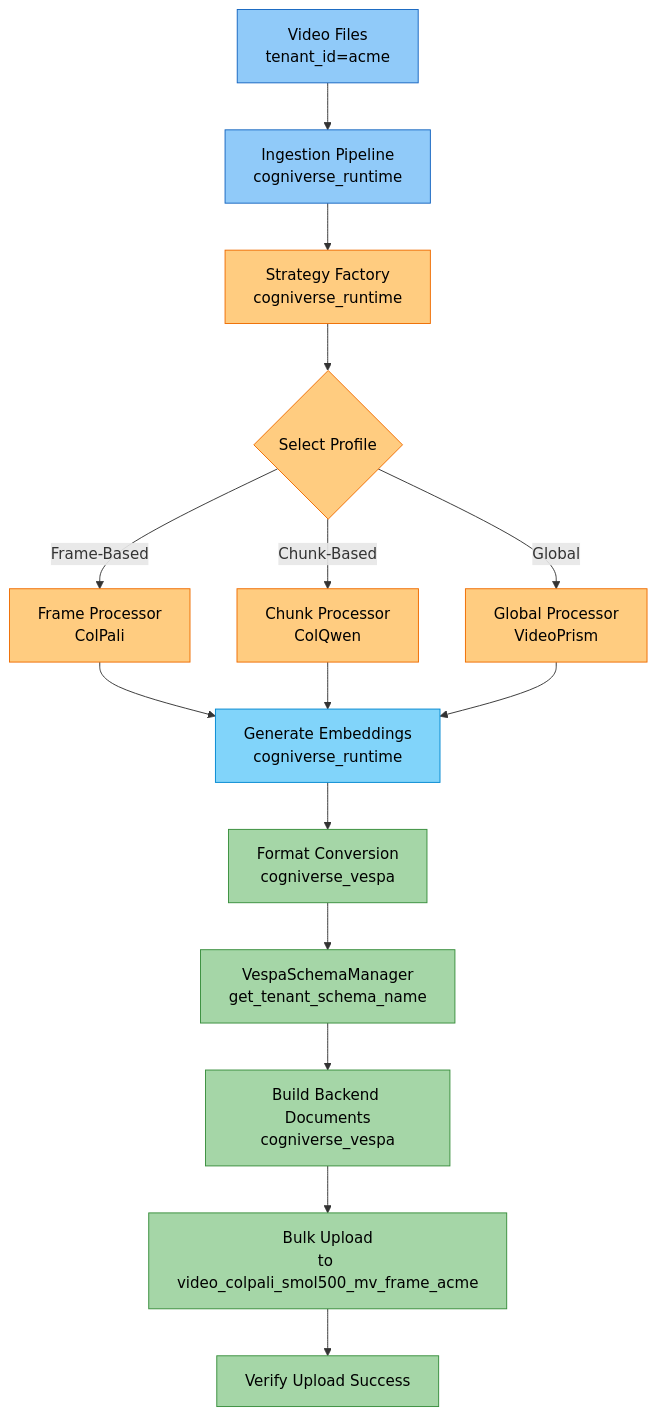
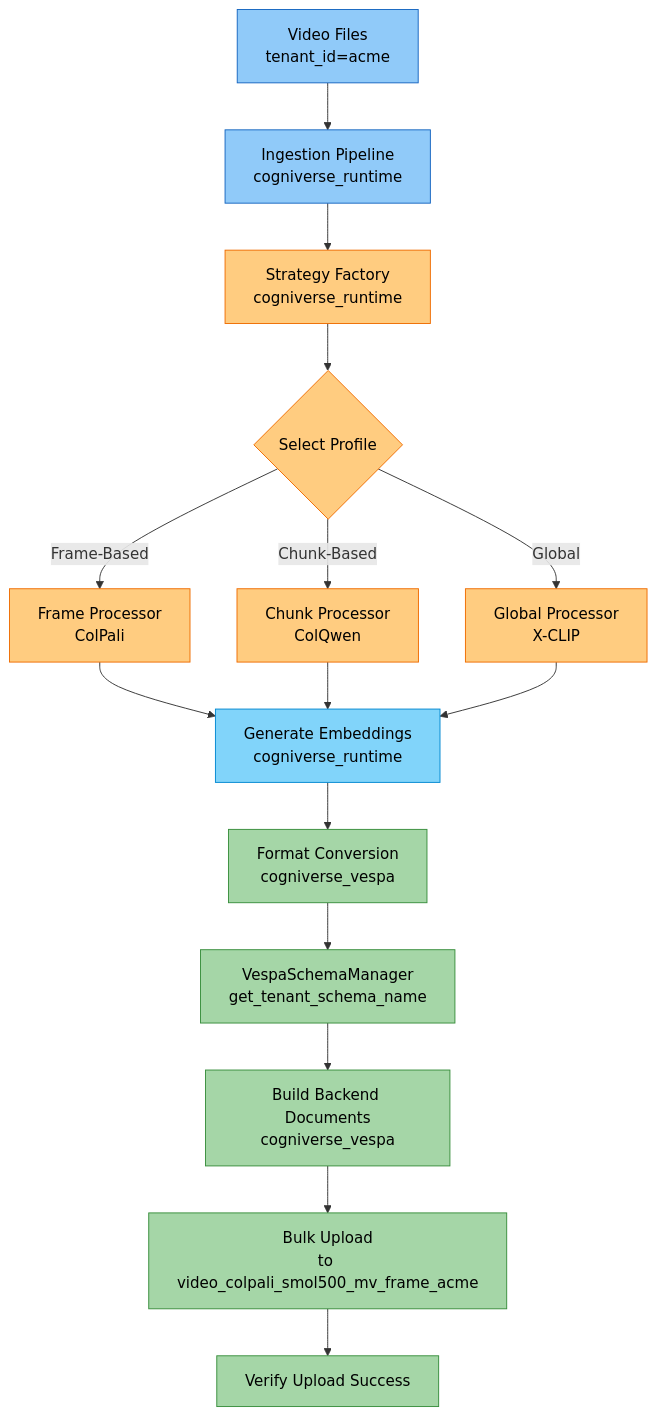
One commit to amit-jain/cogniverse changed diagram 21 of 25 in docs/architecture/system-flows.md. Above: the diagram before and after it, drawn with Mermaid. The commit also changed other lines of this file and 168 other files, not shown here.

First line of the commit message:
Remove VideoPrism; X-CLIP is the video embedder

````diff
--- a/docs/architecture/system-flows.md
+++ b/docs/architecture/system-flows.md
@@ -942,38 +942,38 @@
 ```mermaid
 flowchart TB
     Input[<span style='color:#000'>Video Files<br/>tenant_id=acme</span>] --> Runtime[<span style='color:#000'>Ingestion Pipeline<br/>cogniverse_runtime</span>]
 
     Runtime --> Strategy[<span style='color:#000'>Strategy Factory<br/>cogniverse_runtime</span>]
 
     Strategy --> Profile{<span style='color:#000'>Select Profile</span>}
     Profile -->|Frame-Based| FrameProc[<span style='color:#000'>Frame Processor<br/>ColPali</span>]
     Profile -->|Chunk-Based| ChunkProc[<span style='color:#000'>Chunk Processor<br/>ColQwen</span>]
-    Profile -->|Global| GlobalProc[<span style='color:#000'>Global Processor<br/>VideoPrism</span>]
+    Profile -->|Global| GlobalProc[<span style='color:#000'>Global Processor<br/>X-CLIP</span>]
 
     FrameProc --> Embed[<span style='color:#000'>Generate Embeddings<br/>cogniverse_runtime</span>]
     ChunkProc --> Embed
     GlobalProc --> Embed
 
     Embed --> Format[<span style='color:#000'>Format Conversion<br/>cogniverse_vespa</span>]
 
     Format --> SchemaMgr[<span style='color:#000'>VespaSchemaManager<br/>get_tenant_schema_name</span>]
 
     SchemaMgr --> Build[<span style='color:#000'>Build Backend Documents<br/>cogniverse_vespa</span>]
 
     Build --> Upload[<span style='color:#000'>Bulk Upload<br/>to video_colpali_smol500_mv_frame_acme</span>]
     Upload --> Verify[<span style='color:#000'>Verify Upload Success</span>]
 
     style Input fill:#90caf9,stroke:#1565c0,color:#000
     style Runtime fill:#90caf9,stroke:#1565c0,color:#000
     style Strategy fill:#ffcc80,stroke:#ef6c00,color:#000
     style Profile fill:#ffcc80,stroke:#ef6c00,color:#000
     style FrameProc fill:#ffcc80,stroke:#ef6c00,color:#000
     style ChunkProc fill:#ffcc80,stroke:#ef6c00,color:#000
     style GlobalProc fill:#ffcc80,stroke:#ef6c00,color:#000
     style Embed fill:#81d4fa,stroke:#0288d1,color:#000
     style Format fill:#a5d6a7,stroke:#388e3c,color:#000
     style SchemaMgr fill:#a5d6a7,stroke:#388e3c,color:#000
     style Build fill:#a5d6a7,stroke:#388e3c,color:#000
     style Upload fill:#a5d6a7,stroke:#388e3c,color:#000
     style Verify fill:#a5d6a7,stroke:#388e3c,color:#000
 ```
````
